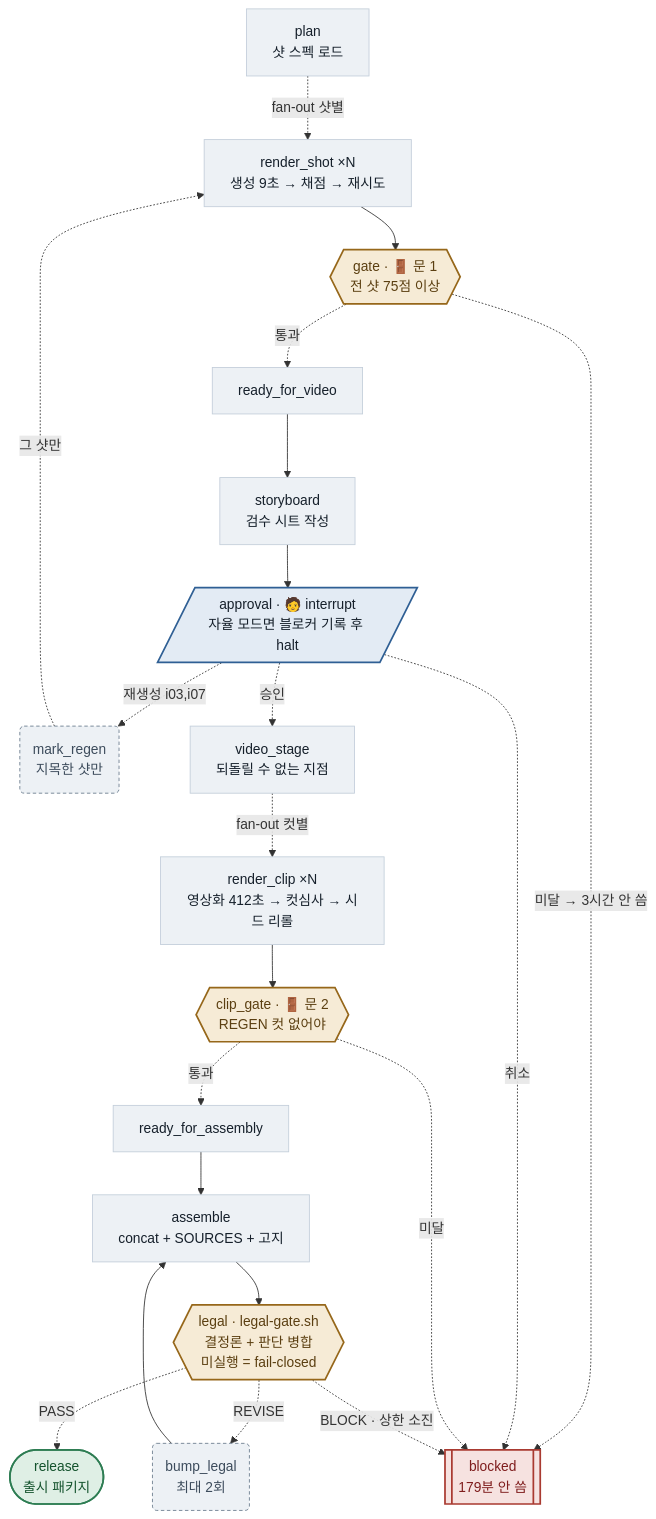
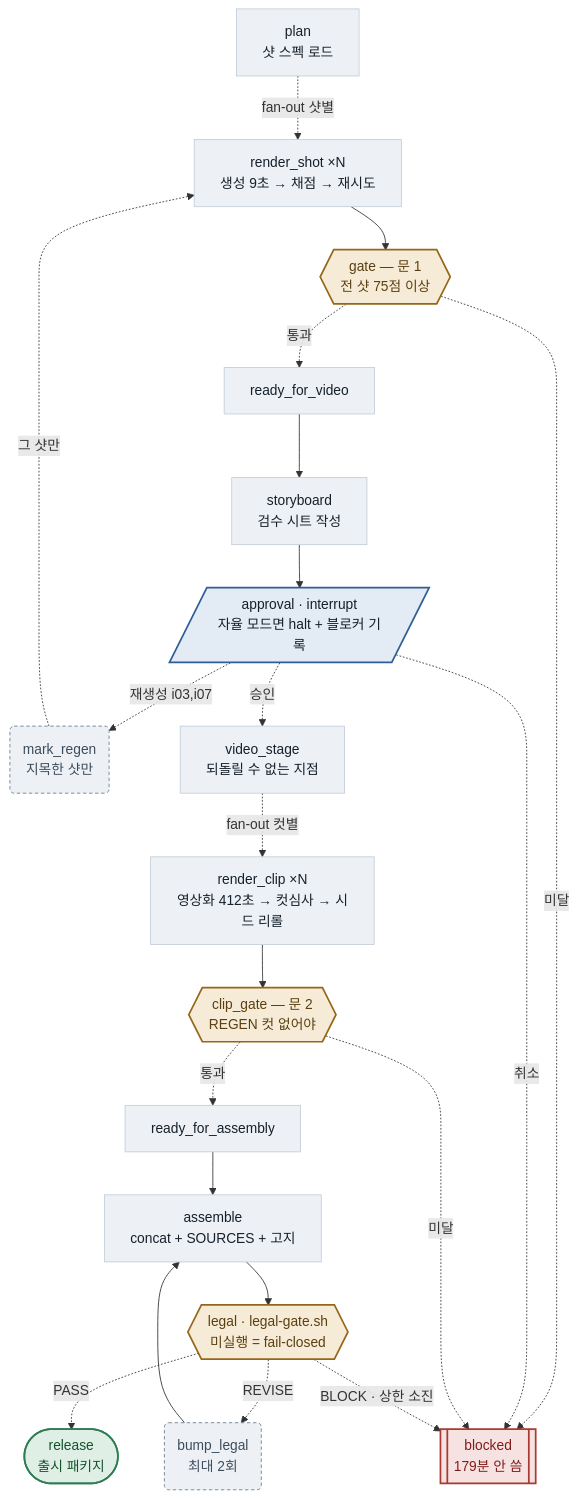
Before and after one commit to MelonS/MelonS-Agents: the first of 2 diagrams in graph/README.md, drawn with Mermaid. The commit also changed 3 other files, not shown here.

````diff
--- a/graph/README.md
+++ b/graph/README.md
@@ -53,54 +53,54 @@
 ```mermaid
 flowchart TD
   plan["plan<br/>샷 스펙 로드"]
   render_shot["render_shot ×N<br/>생성 9초 → 채점 → 재시도"]
-  gate{{"gate · 🚪 문 1<br/>전 샷 75점 이상"}}
+  gate{{"gate — 문 1<br/>전 샷 75점 이상"}}
   ready_for_video["ready_for_video"]
   storyboard["storyboard<br/>검수 시트 작성"]
-  approval[/"approval · 🧑 interrupt<br/>자율 모드면 블로커 기록 후 halt"/]
+  approval[/"approval · interrupt<br/>자율 모드면 halt + 블로커 기록"/]
   mark_regen("mark_regen<br/>지목한 샷만")
   video_stage["video_stage<br/>되돌릴 수 없는 지점"]
   render_clip["render_clip ×N<br/>영상화 412초 → 컷심사 → 시드 리롤"]
-  clip_gate{{"clip_gate · 🚪 문 2<br/>REGEN 컷 없어야"}}
+  clip_gate{{"clip_gate — 문 2<br/>REGEN 컷 없어야"}}
   ready_for_assembly["ready_for_assembly"]
   assemble["assemble<br/>concat + SOURCES + 고지"]
-  legal{{"legal · legal-gate.sh<br/>결정론 + 판단 병합<br/>미실행 = fail-closed"}}
+  legal{{"legal · legal-gate.sh<br/>미실행 = fail-closed"}}
   bump_legal("bump_legal<br/>최대 2회")
   release(["release<br/>출시 패키지"])
   blocked[["blocked<br/>179분 안 씀"]]
 
   plan -. "fan-out 샷별" .-> render_shot
   render_shot --> gate
   gate -. "통과" .-> ready_for_video
-  gate -. "미달 → 3시간 안 씀" .-> blocked
+  gate -. "미달" .-> blocked
   ready_for_video --> storyboard
   storyboard --> approval
   approval -. "재생성 i03,i07" .-> mark_regen
   approval -. "승인" .-> video_stage
   approval -. "취소" .-> blocked
   mark_regen -. "그 샷만" .-> render_shot
   video_stage -. "fan-out 컷별" .-> render_clip
   render_clip --> clip_gate
   clip_gate -. "통과" .-> ready_for_assembly
   clip_gate -. "미달" .-> blocked
   ready_for_assembly --> assemble
   assemble --> legal
   legal -. "REVISE" .-> bump_legal
   legal -. "PASS" .-> release
   legal -. "BLOCK · 상한 소진" .-> blocked
   bump_legal --> assemble
 
   classDef step fill:#EDF1F5,stroke:#C3CEDA,stroke-width:1px,color:#16202B
   classDef gate fill:#F6EBD6,stroke:#96671A,stroke-width:2px,color:#5B3F11
   classDef mutex fill:#E3EBF4,stroke:#2F5F94,stroke-width:2px,color:#16202B
   classDef human fill:#E3EBF4,stroke:#2F5F94,stroke-width:2px,color:#16202B
   classDef retry fill:#EDF1F5,stroke:#6B7C8D,stroke-width:1px,stroke-dasharray:4 3,color:#3D4C5C
   classDef done fill:#DFEFE5,stroke:#2E7D53,stroke-width:2px,color:#14532D
   classDef stop fill:#F6E2E0,stroke:#A93A31,stroke-width:2px,color:#7F1D1D
   class assemble,plan,ready_for_assembly,ready_for_video,render_clip,render_shot,storyboard,video_stage step
   class clip_gate,gate,legal gate
   class approval human
   class bump_legal,mark_regen retry
   class release done
   class blocked stop
 ```
````
